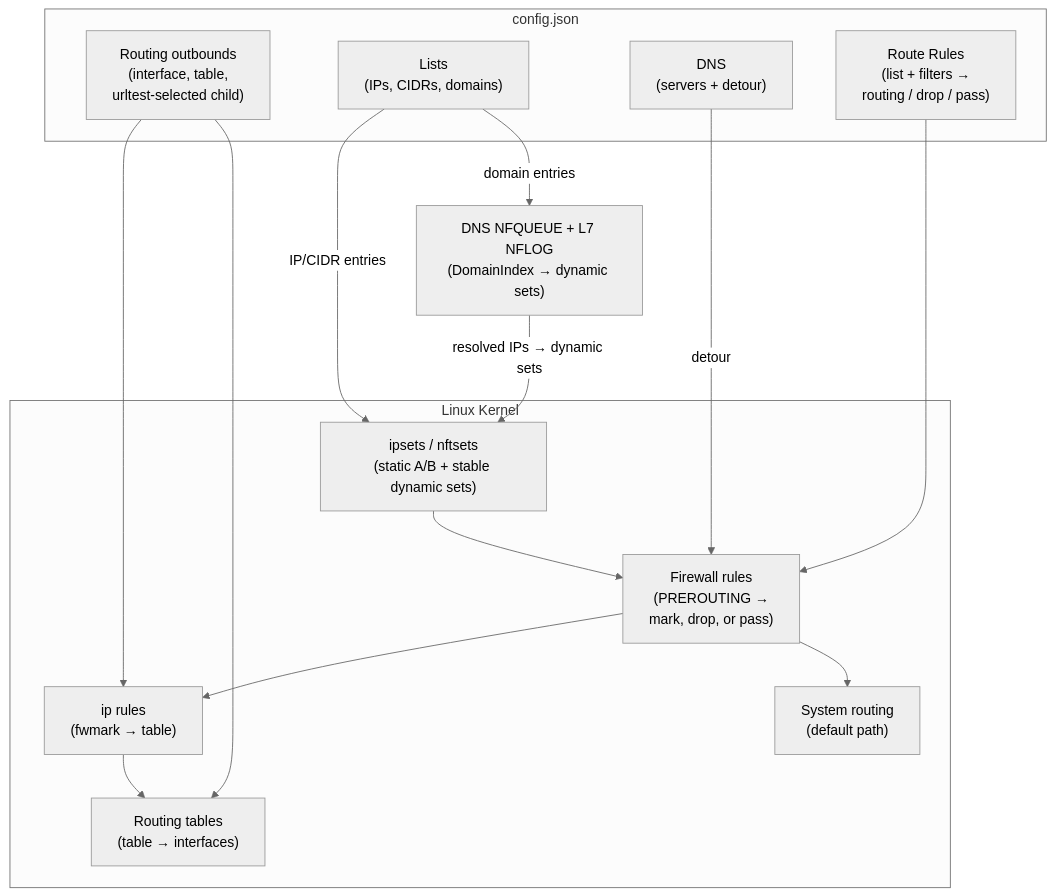
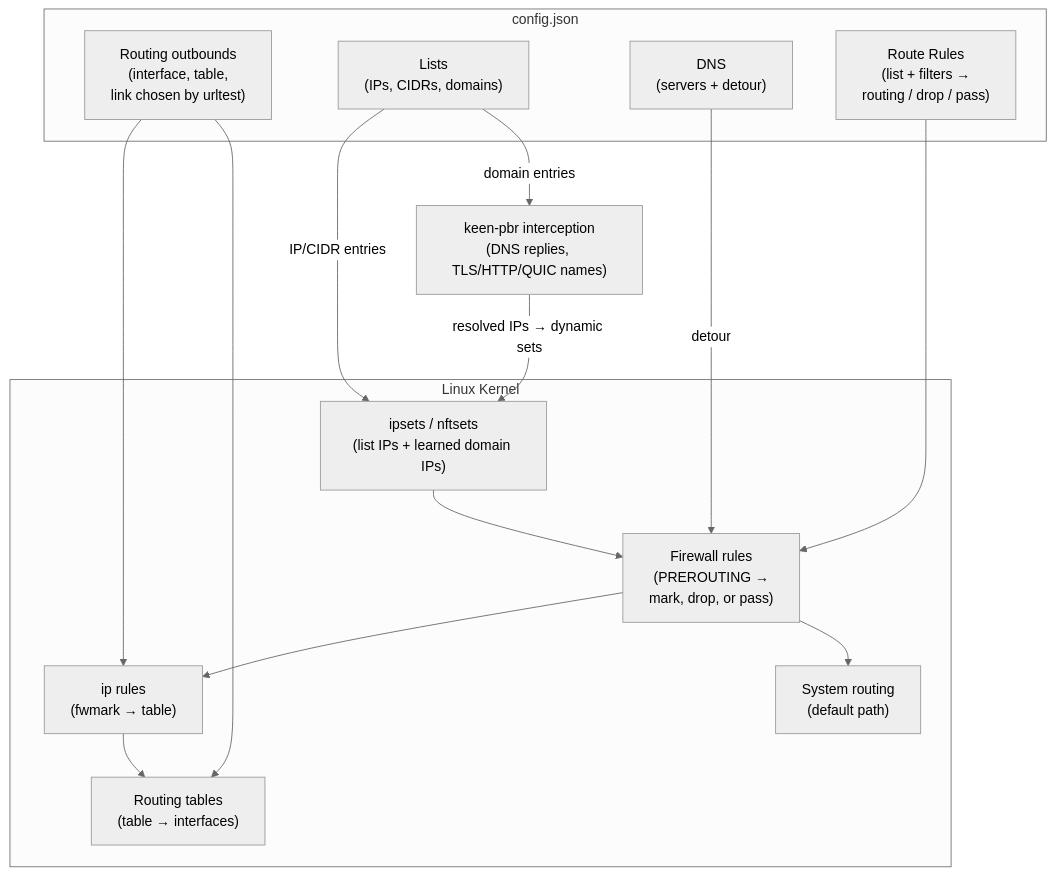
Before and after one commit to maksimkurb/keen-pbr: the first of 3 diagrams in docs/content/docs/concepts.md, drawn with Mermaid (neutral theme). The commit also changed other lines of this file and 48 other files, not shown here.

````diff
--- a/docs/content/docs/concepts.md
+++ b/docs/content/docs/concepts.md
@@ -92,31 +91,31 @@
 ```mermaid
 flowchart TD
     subgraph Config["config.json"]
-        RoutingOutbounds["Routing outbounds\n(interface, table,\nurltest-selected child)"]
+        RoutingOutbounds["Routing outbounds\n(interface, table,\nlink chosen by urltest)"]
         Lists["Lists\n(IPs, CIDRs, domains)"]
         DNS["DNS\n(servers + detour)"]
         RouteRules["Route Rules\n(list + filters →\nrouting / drop / pass)"]
     end
 
     subgraph Kernel["Linux Kernel"]
-        Ipsets["ipsets / nftsets\n(static A/B + stable dynamic sets)"]
+        Ipsets["ipsets / nftsets\n(list IPs + learned domain IPs)"]
         FwmarkRules["Firewall rules\n(PREROUTING →\nmark, drop, or pass)"]
         IpRules["ip rules\n(fwmark → table)"]
         RoutingTables["Routing tables\n(table → interfaces)"]
         SystemRouting["System routing\n(default path)"]
     end
 
-    Interceptor["DNS NFQUEUE + L7 NFLOG\n(DomainIndex → dynamic sets)"]
+    Interceptor["keen-pbr interception\n(DNS replies, TLS/HTTP/QUIC names)"]
 
     Lists -->|"IP/CIDR entries"| Ipsets
     Lists -->|"domain entries"| Interceptor
     DNS -->|"detour"| FwmarkRules
     Ipsets --> FwmarkRules
     RouteRules --> FwmarkRules
     RoutingOutbounds --> IpRules
     RoutingOutbounds --> RoutingTables
     FwmarkRules --> IpRules
     FwmarkRules --> SystemRouting
     IpRules --> RoutingTables
     Interceptor -->|"resolved IPs → dynamic sets"| Ipsets
 ```
````
